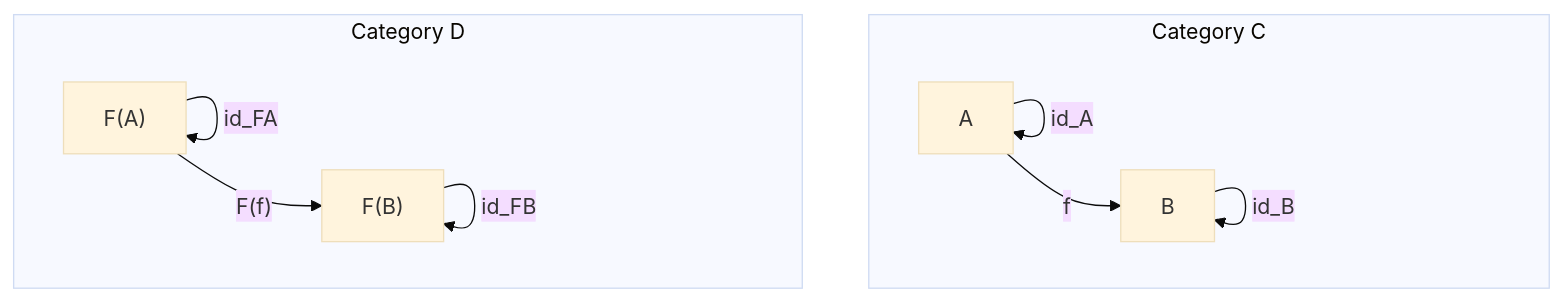
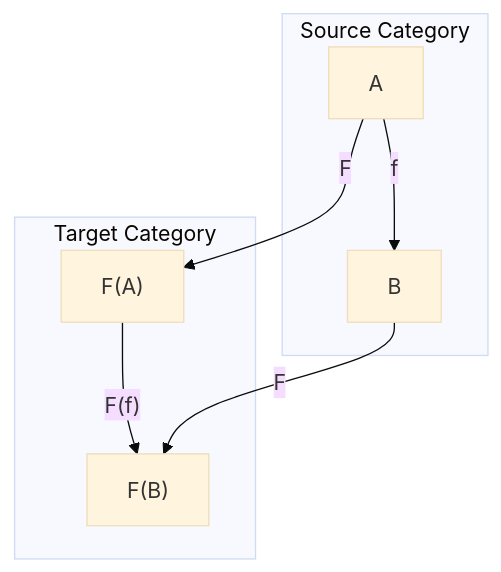
One commit to but212/rustica changed the third of 5 diagrams in docs/category_theory.md. Above: the diagram before and after it, drawn with Mermaid (base theme). The commit also changed other lines of this file, not shown here.

````diff
--- a/docs/category_theory.md
+++ b/docs/category_theory.md
@@ -31,13 +86,11 @@
 ```mermaid
-graph TB
-    subgraph "Category C"
+flowchart TB
+    subgraph "Source Category"
         A["A"] --> |"f"| B["B"]
-        A --> |"id_A"| A
-        B --> |"id_B"| B
     end
-    subgraph "Category D"
+    subgraph "Target Category"
         FA["F(A)"] --> |"F(f)"| FB["F(B)"]
-        FA --> |"id_FA"| FA
-        FB --> |"id_FB"| FB
     end
+    A --> |"F"| FA
+    B --> |"F"| FB
 ```
````
